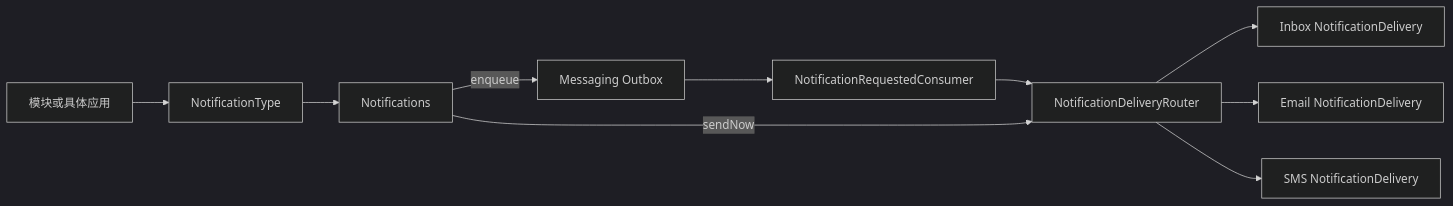
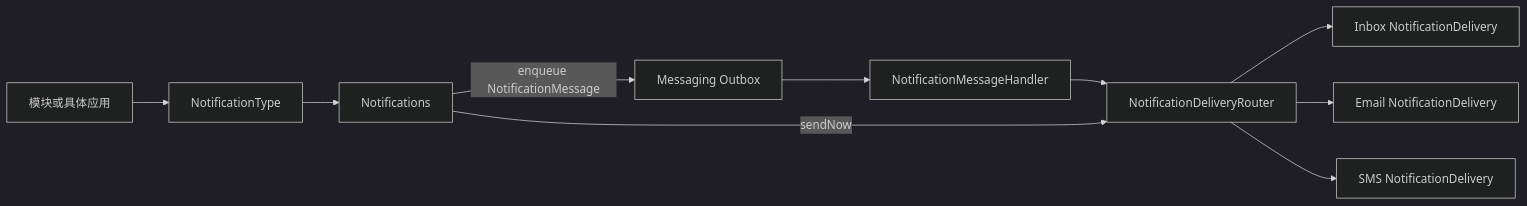
The second of 3 diagrams in docs/tutorials/messaging-and-notification.md (SH-XiaoXiu/sca4d-j), drawn with Mermaid (dark theme) before and after one commit. The commit also changed other lines of this file and 3775 other files, not shown here.

````diff
--- a/docs/tutorials/messaging-and-notification.md
+++ b/docs/tutorials/messaging-and-notification.md
@@ -75,17 +85,17 @@
 ```mermaid
 flowchart LR
     Caller[模块或具体应用]
     Type[NotificationType]
     Service[Notifications]
     Outbox[Messaging Outbox]
-    Consumer[NotificationRequestedConsumer]
+    Consumer[NotificationMessageHandler]
     Router[NotificationDeliveryRouter]
     Inbox[Inbox NotificationDelivery]
     Email[Email NotificationDelivery]
     Sms[SMS NotificationDelivery]
 
     Caller --> Type --> Service
-    Service -->|enqueue| Outbox --> Consumer --> Router
+    Service -->|enqueue NotificationMessage| Outbox --> Consumer --> Router
     Service -->|sendNow| Router
     Router --> Inbox & Email & Sms
 ```
````
